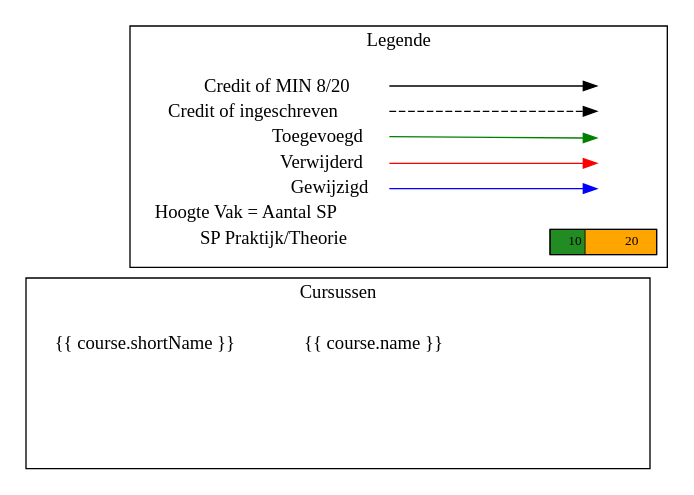
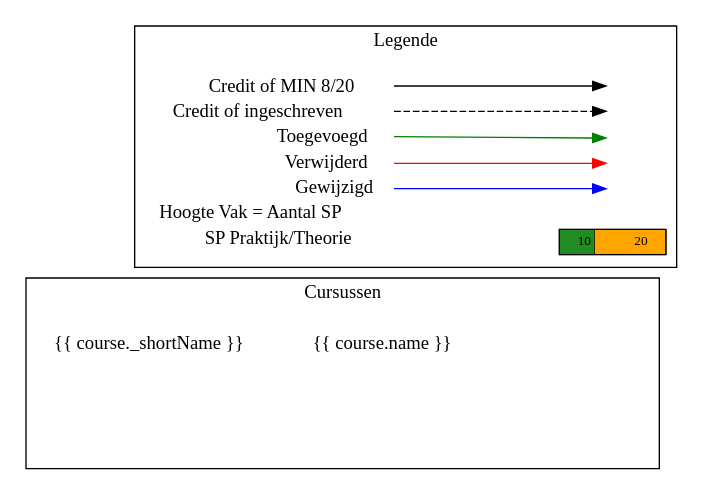
Before and after one commit to JoeyDP/OC: the diagram in 2018-2019/Studieprogramma/source/templates/legend.dot, drawn with Graphviz. The commit also changed 6 other files, not shown here.

```diff
--- a/2018-2019/Studieprogramma/source/templates/legend.dot
+++ b/2018-2019/Studieprogramma/source/templates/legend.dot
@@ -1,52 +1,52 @@
 digraph {
   rankdir=LR
   node [shape=plaintext]
 
   subgraph cluster_courses {
     label = "Cursussen";
     courses [label=<<table border="0" cellpadding="5" cellspacing="0" cellborder="0">
     {% for course in courses %}
-      <tr><td align="left" port="i1">{{ course.shortName }}</td><td align="left">{{ course.name }}</td></tr>
+      <tr><td align="left" port="i1">{{ course._shortName }}</td><td align="left">{{ course.name }}</td></tr>
     {% endfor %}
       </table>>]
     key3 [label=<<table border="0" cellpadding="2" cellspacing="0" cellborder="0">
       <tr><td port="i1">&nbsp;</td></tr>
       <tr><td port="i2">&nbsp;</td></tr>
       <tr><td port="i3">&nbsp;</td></tr>
       <tr><td port="i4">&nbsp;</td></tr>
       <tr><td port="i5">&nbsp;</td></tr>
       </table>>]
 
     # fix placement a bit
     courses:i1:e -> key3:i1:w [style=invis]
   }
 
   subgraph cluster_legend {
     label = "Legende";
     key [label=<<table border="0" cellpadding="2" cellspacing="0" cellborder="0">
       <tr><td align="right" port="i1">Credit of MIN 8/20</td></tr>
       <tr><td align="right" port="i2">Credit of ingeschreven</td></tr>
       <tr><td align="right" port="i3">Toegevoegd</td></tr>
       <tr><td align="right" port="i4">Verwijderd</td></tr>
       <tr><td align="right" port="i5">Gewijzigd</td></tr>
       <tr><td align="right" port="i6">Hoogte Vak = Aantal SP</td></tr>
       <tr><td align="right" port="i7">SP Praktijk/Theorie</td></tr>
       </table>>]
     key2 [label=<<table border="0" cellpadding="2" cellspacing="0" cellborder="0">
       <tr><td port="i1">&nbsp;</td></tr>
       <tr><td port="i2">&nbsp;</td></tr>
       <tr><td port="i3">&nbsp;</td></tr>
       <tr><td port="i4">&nbsp;</td></tr>
       <tr><td port="i5">&nbsp;</td></tr>
       </table>>]
     key:i1:e -> key2:i1:w []
     key:i2:e -> key2:i2:w [style=dashed]
     key:i3:e -> key2:i3:w [color=green]
     key:i4:e -> key2:i4:w [color=red]
     key:i5:e -> key2:i5:w [color=blue]
 
     sp_ratio [shape=rect, fontsize=10, height=0.10, style=striped, color="forestgreen;0.33:orange", label="10             20"]
     key:i7 -> sp_ratio [style=invis]
   }
 
 }
```
